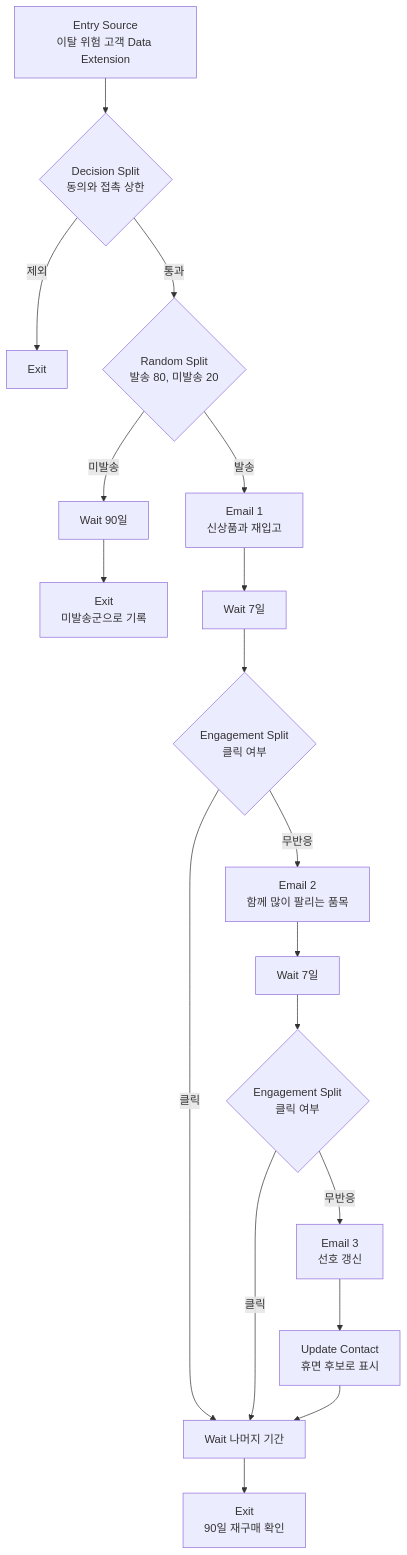
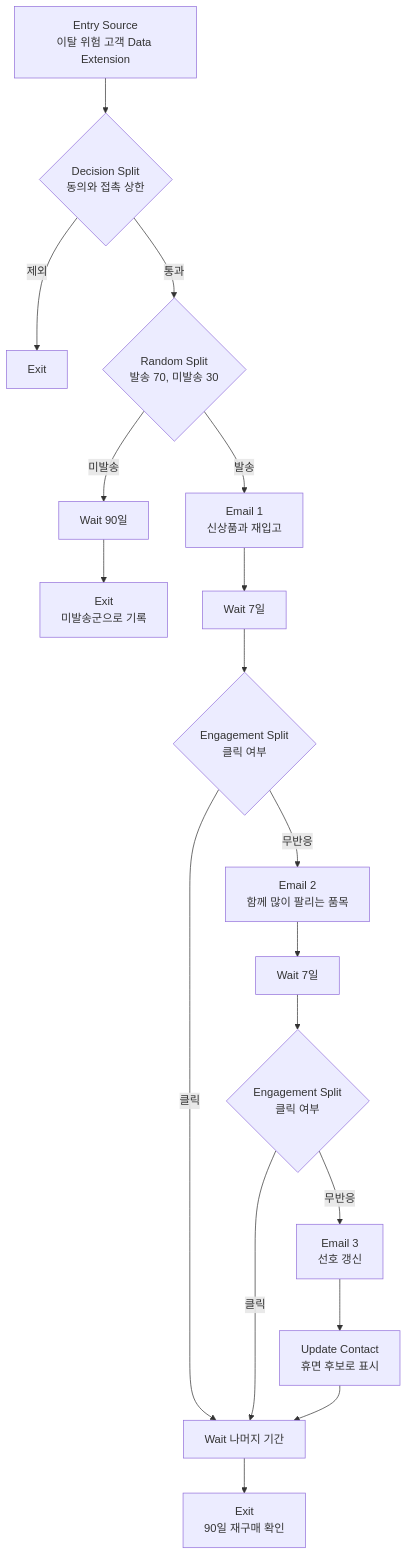
Before and after one commit to jhheo51-arch/crm-loop: the diagram in docs/JOURNEY.md, drawn with Mermaid. The commit also changed other lines of this file, not shown here.

Commit message:
docs: Journey 설계도의 배정 비율을 기획서 1의 70/30에 맞춤
Journey 설계도의 Random Split이 발송 80%, 미발송 20%로 남아 있어
기획서 1 표본 설계의 미발송 30%와 맞지 않았다. 흐름도와 단계별
설정 표를 70/30으로 고치고 근거 위치를 적었다.

````diff
--- a/docs/JOURNEY.md
+++ b/docs/JOURNEY.md
@@ -9,16 +9,16 @@
 ```mermaid
 flowchart TD
   E[Entry Source<br>이탈 위험 고객 Data Extension] --> F{Decision Split<br>동의와 접촉 상한}
   F -- 제외 --> X1[Exit]
-  F -- 통과 --> R{Random Split<br>발송 80, 미발송 20}
+  F -- 통과 --> R{Random Split<br>발송 70, 미발송 30}
   R -- 미발송 --> H[Wait 90일] --> X2[Exit<br>미발송군으로 기록]
   R -- 발송 --> M1[Email 1<br>신상품과 재입고]
   M1 --> W1[Wait 7일]
   W1 --> D1{Engagement Split<br>클릭 여부}
   D1 -- 클릭 --> W3[Wait 나머지 기간] --> X3[Exit<br>90일 재구매 확인]
   D1 -- 무반응 --> M2[Email 2<br>함께 많이 팔리는 품목]
   M2 --> W2[Wait 7일]
   W2 --> D2{Engagement Split<br>클릭 여부}
   D2 -- 클릭 --> W3
   D2 -- 무반응 --> P[Email 3<br>선호 갱신] --> S[Update Contact<br>휴면 후보로 표시] --> W3
 ```
````
